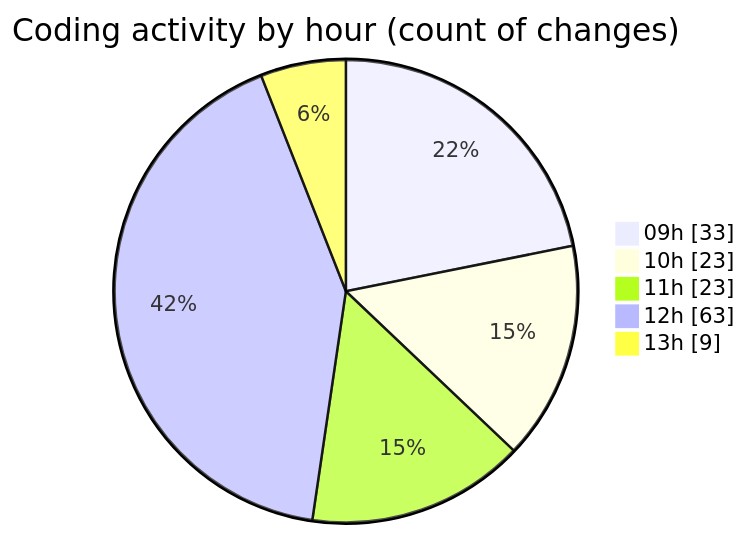
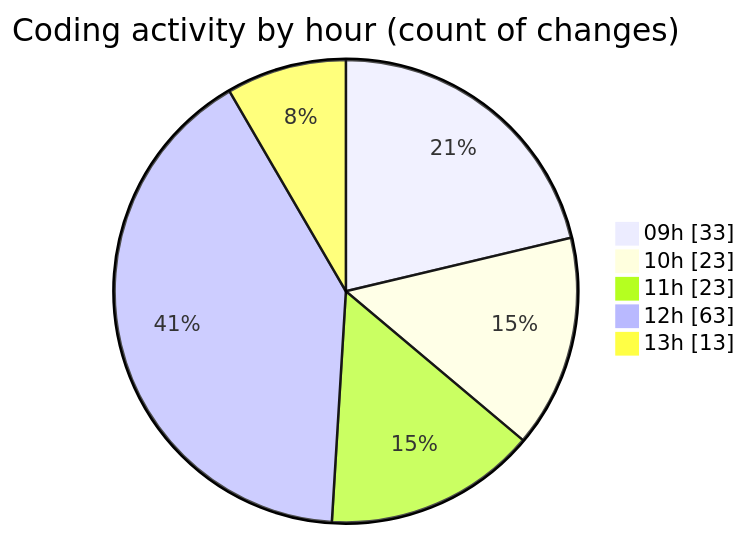
Before and after one commit to CELIANVF/code-tracking: the second of 2 diagrams in 2025-05-20/ecodeli-1/README.md, drawn with Mermaid. The commit also changed other lines of this file and 1 other file, not shown here.

````diff
--- a/2025-05-20/ecodeli-1/README.md
+++ b/2025-05-20/ecodeli-1/README.md
@@ -87,9 +87,9 @@
 ```mermaid
 pie showData
 title Coding activity by hour (count of changes)
 "09h" : 33
 "10h" : 23
 "11h" : 23
 "12h" : 63
-"13h" : 9
+"13h" : 13
 ```
````
